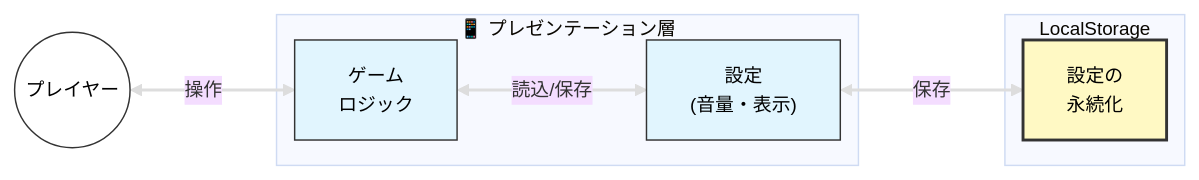
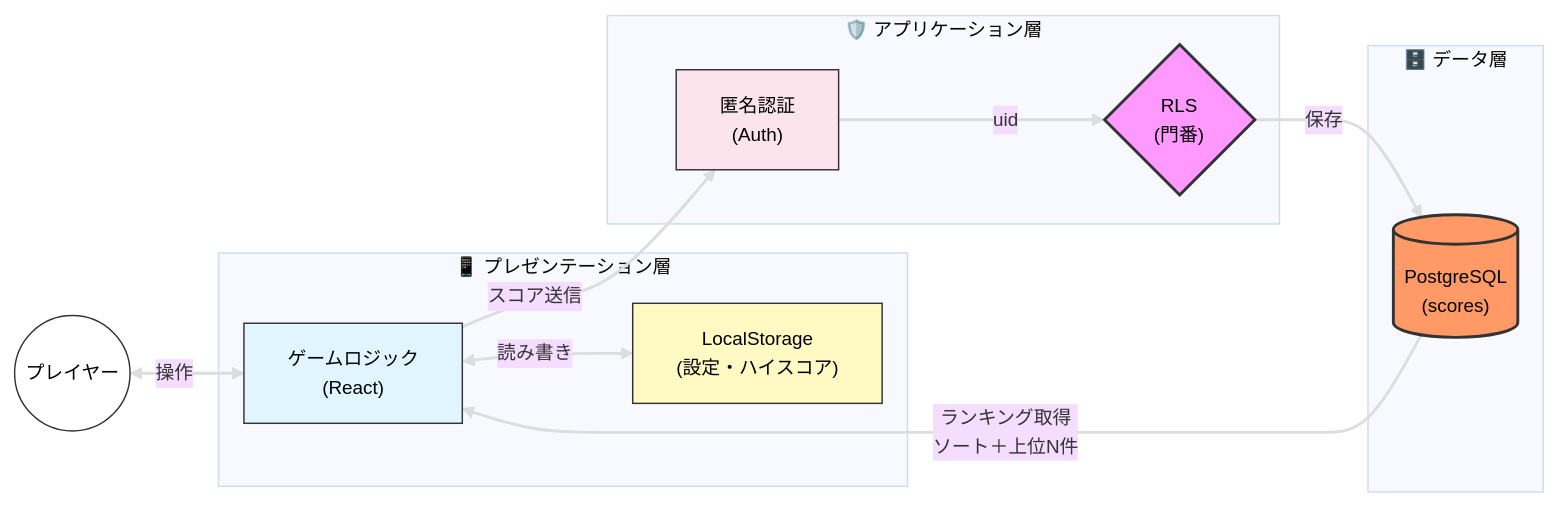
Before and after one commit to mori-3-desu/Typing-game: the first of 6 diagrams in documents/Typing_Document.md, drawn with Mermaid. The commit also changed other lines of this file and 15 other files, not shown here.

````diff
--- a/documents/Typing_Document.md
+++ b/documents/Typing_Document.md
@@ -78,32 +7,35 @@
 ```mermaid
-%%{init: {'theme': 'base', 'themeVariables': { 'fontSize': '13px', 'lineColor': '#dddddd'}, 'flowchart': {'nodeSpacing': 15, 'rankSpacing': 25}}}%%
+%%{init: {'theme': 'base', 'themeVariables': { 'fontSize': '13px', 'lineColor': '#dddddd'}, 'flowchart': {'nodeSpacing': 20, 'rankSpacing': 35}}}%%
 graph LR
+    linkStyle default stroke:#dddddd,stroke-width:2px
+
     User((プレイヤー))
 
     subgraph Presentation ["📱 プレゼンテーション層"]
-        Logic["ゲーム<br/>ロジック"]
-        State["設定<br/>(音量・表示)"]
+        Game["ゲームロジック<br/>(React)"]
+        Local["LocalStorage<br/>(設定・ハイスコア)"]
     end
 
-    subgraph Local ["LocalStorage"]
-        Store["設定の<br/>永続化"]
+    subgraph Application ["🛡️ アプリケーション層"]
+        Auth["匿名認証<br/>(Auth)"]
+        RLS{"RLS<br/>(門番)"}
     end
 
-    User <---->|操作| Logic
-    Logic <---->|読込/保存| State
-    State <---->|保存| Store
+    subgraph Data ["🗄️ データ層"]
+        DB[("PostgreSQL<br/>(scores)")]
+    end
 
-    %% --- スタイル定義 ---
-    %% ユーザー
+    User <-->|操作| Game
+    Game <-->|読み書き| Local
+    Game -->|スコア送信| Auth
+    Auth -->|uid| RLS
+    RLS -->|保存| DB
+    DB -->|ランキング取得<br/>ソート＋上位N件| Game
+
     style User fill:#ffffff,stroke:#333,color:black
-
-    %% ロジック・設定（水色系：処理）
-    style Logic fill:#e1f5fe,stroke:#333,color:black
-    style State fill:#e1f5fe,stroke:#333,color:black
-
-    %% ローカルストレージ（黄色系：保存）
-    style Store fill:#fff9c4,stroke:#333,stroke-width:2px,color:black
-
-    %% 矢印を薄いグレーにする設定
-    linkStyle default stroke:#dddddd,stroke-width:2px
+    style Game fill:#e1f5fe,stroke:#333,color:black
+    style Local fill:#fff9c4,stroke:#333,color:black
+    style Auth fill:#fce4ec,stroke:#333,color:black
+    style RLS fill:#f9f,stroke:#333,stroke-width:2px,color:black
+    style DB fill:#f96,stroke:#333,stroke-width:2px,color:black
 ```
````
